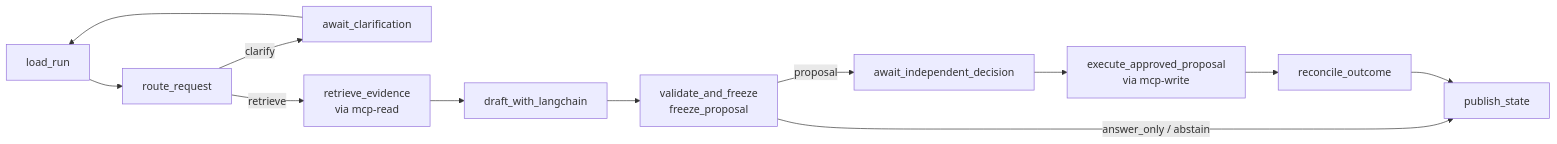
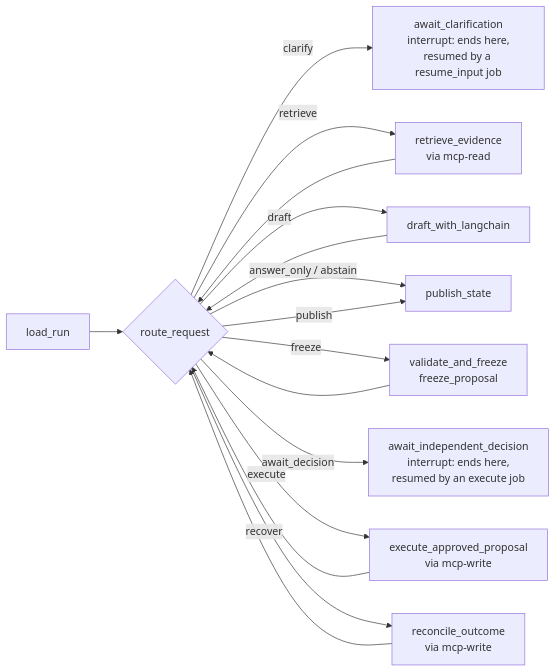
Before and after one commit to jschnepel/MLOps: the second of 2 diagrams in docs/ARCHITECTURE.md, drawn with Mermaid. The commit also changed other lines of this file and 12 other files, not shown here.

````diff
--- a/docs/ARCHITECTURE.md
+++ b/docs/ARCHITECTURE.md
@@ -124,14 +124,18 @@
 ```mermaid
 flowchart LR
-  L[load_run] --> R[route_request]
-  R -->|clarify| C[await_clarification]
-  C --> L
+  L[load_run] --> R{route_request}
+  R -->|clarify| C[await_clarification<br/>interrupt: ends here,<br/>resumed by a resume_input job]
   R -->|retrieve| E[retrieve_evidence<br/>via mcp-read]
-  E --> D[draft_with_langchain]
-  D --> V[validate_and_freeze<br/>freeze_proposal]
-  V -->|answer_only / abstain| P[publish_state]
-  V -->|proposal| A[await_independent_decision]
-  A --> X[execute_approved_proposal<br/>via mcp-write]
-  X --> O[reconcile_outcome]
-  O --> P
+  R -->|draft| D[draft_with_langchain]
+  R -->|answer_only / abstain| P[publish_state]
+  R -->|freeze| V[validate_and_freeze<br/>freeze_proposal]
+  R -->|await_decision| A[await_independent_decision<br/>interrupt: ends here,<br/>resumed by an execute job]
+  R -->|execute| X[execute_approved_proposal<br/>via mcp-write]
+  R -->|recover| O[reconcile_outcome<br/>via mcp-write]
+  R -->|publish| P
+  E --> R
+  D --> R
+  V --> R
+  X --> R
+  O --> R
 ```
````
